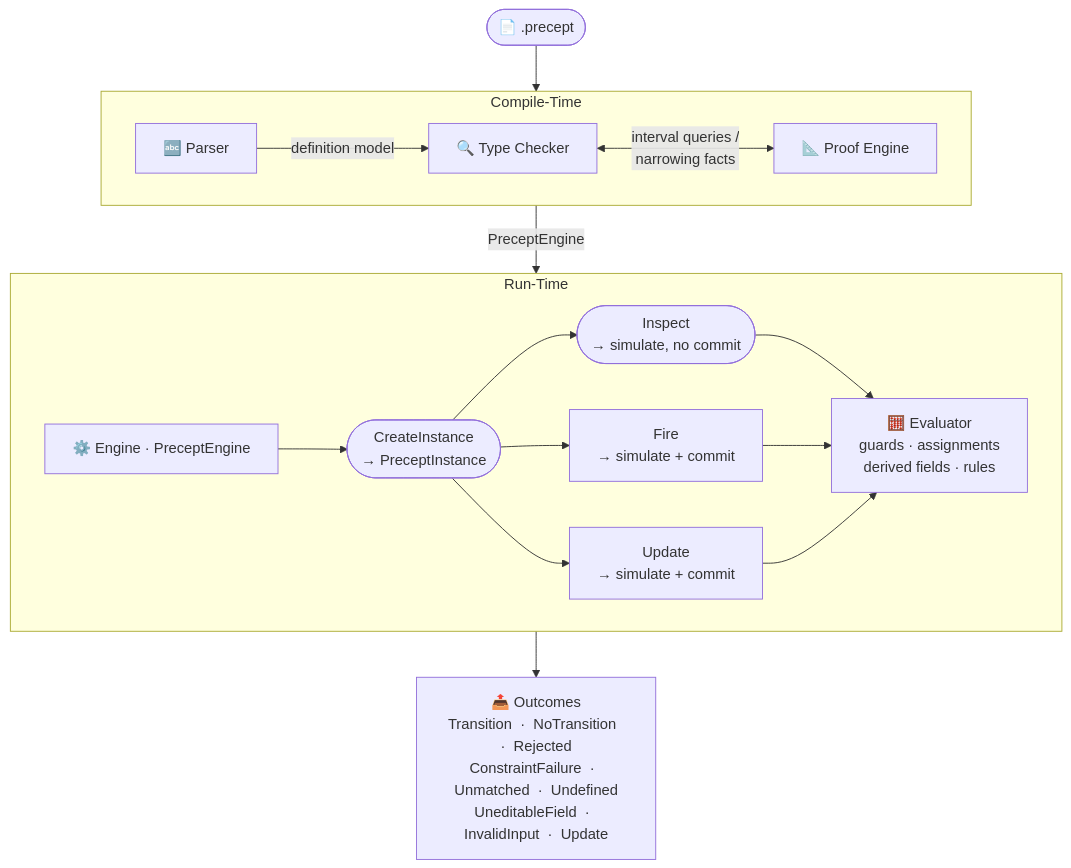
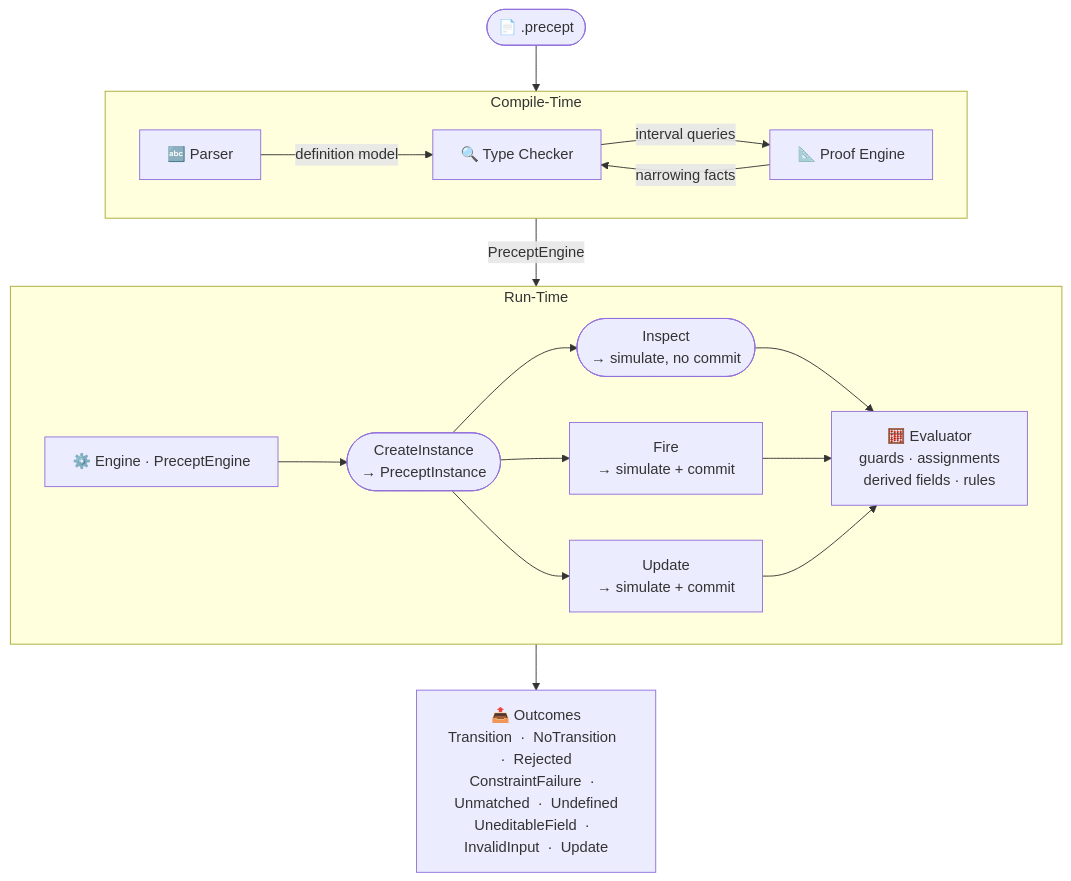
Before and after one commit to sfalik/Precept: the diagram in docs/ArchitectureDesign.md, drawn with Mermaid. The commit also changed other lines of this file, not shown here.

Commit message:
docs: restore two distinct directed arrows between TC and PE

````diff
--- a/docs/ArchitectureDesign.md
+++ b/docs/ArchitectureDesign.md
@@ -21,31 +21,32 @@
 ```mermaid
 flowchart TD
     src(["📄 .precept"])
 
     subgraph CT["Compile-Time"]
         P["🔤 Parser"] -->|definition model| TC["🔍 Type Checker"]
-        TC <-->|interval queries /\nnarrowing facts| PE["📐 Proof Engine"]
+        TC -->|interval queries| PE["📐 Proof Engine"]
+        PE -->|narrowing facts| TC
     end
 
     subgraph RT["Run-Time"]
         ENG["⚙️ Engine  ·  PreceptEngine"]
         I1(["CreateInstance\n→ PreceptInstance"])
         I2(["Inspect\n→ simulate, no commit"])
         FIRE["Fire\n→ simulate + commit"]
         UPD["Update\n→ simulate + commit"]
         EVAL["🧮 Evaluator\nguards · assignments\nderived fields · rules"]
         ENG --> I1
         I1 --> I2
         I1 --> FIRE
         I1 --> UPD
         I2 --> EVAL
         FIRE --> EVAL
         UPD --> EVAL
     end
 
     OUT["📤 Outcomes\nTransition  ·  NoTransition  ·  Rejected\nConstraintFailure  ·  Unmatched  ·  Undefined\nUneditableField  ·  InvalidInput  ·  Update"]
 
     src --> CT
     CT -->|PreceptEngine| RT
     RT --> OUT
 ```
````
